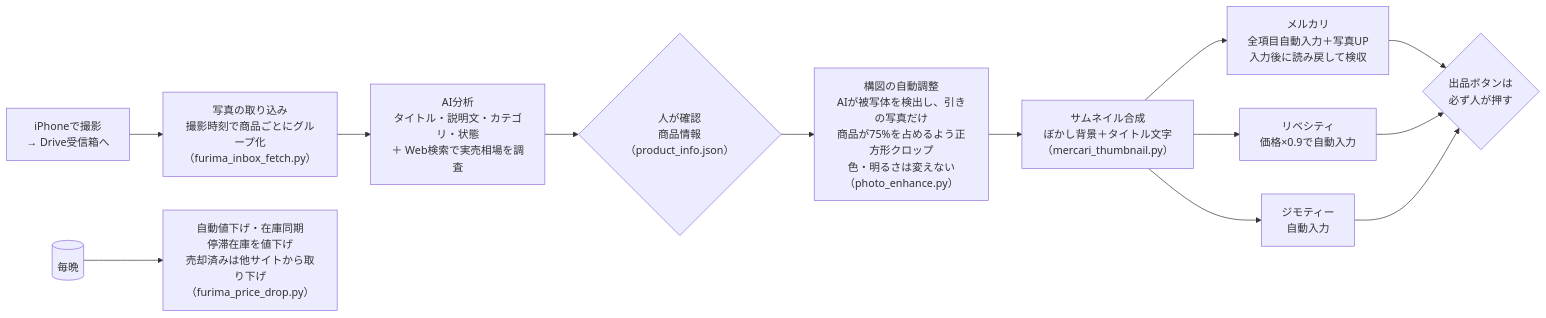
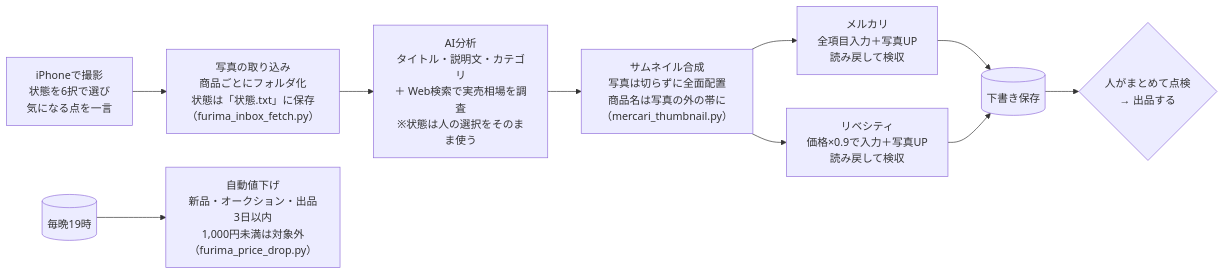
The diagram in systems/04-flea-market-autolist.md (nihonbare1979-cmd/ai-life-automation-showcase), drawn with Mermaid before and after one commit. The commit also changed other lines of this file and 8 other files, not shown here.

````diff
--- a/systems/04-flea-market-autolist.md
+++ b/systems/04-flea-market-autolist.md
@@ -27,15 +29,12 @@
 ```mermaid
 flowchart LR
-    A[iPhoneで撮影<br/>→ Drive受信箱へ] --> B[写真の取り込み<br/>撮影時刻で商品ごとにグループ化<br/>（furima_inbox_fetch.py）]
-    B --> C[AI分析<br/>タイトル・説明文・カテゴリ・状態<br/>＋ Web検索で実売相場を調査]
-    C --> D{人が確認<br/>商品情報（product_info.json）}
-    D --> E[構図の自動調整<br/>AIが被写体を検出し、引きの写真だけ<br/>商品が75%を占めるよう正方形クロップ<br/>色・明るさは変えない（photo_enhance.py）]
-    E --> F[サムネイル合成<br/>ぼかし背景＋タイトル文字<br/>（mercari_thumbnail.py）]
-    F --> G1[メルカリ<br/>全項目自動入力＋写真UP<br/>入力後に読み戻して検収]
-    F --> G2[リベシティ<br/>価格×0.9で自動入力]
-    F --> G3[ジモティー<br/>自動入力]
-    G1 --> H{出品ボタンは<br/>必ず人が押す}
+    A[iPhoneで撮影<br/>状態を6択で選び<br/>気になる点を一言] --> B[写真の取り込み<br/>商品ごとにフォルダ化<br/>状態は「状態.txt」に保存<br/>（furima_inbox_fetch.py）]
+    B --> C[AI分析<br/>タイトル・説明文・カテゴリ<br/>＋ Web検索で実売相場を調査<br/>※状態は人の選択をそのまま使う]
+    C --> D[サムネイル合成<br/>写真は切らずに全面配置<br/>商品名は写真の外の帯に<br/>（mercari_thumbnail.py）]
+    D --> G1[メルカリ<br/>全項目入力＋写真UP<br/>読み戻して検収]
+    D --> G2[リベシティ<br/>価格×0.9で入力＋写真UP<br/>読み戻して検収]
+    G1 --> H[(下書き保存)]
     G2 --> H
-    G3 --> H
-    I[(毎晩)] --> J[自動値下げ・在庫同期<br/>停滞在庫を値下げ<br/>売却済みは他サイトから取り下げ<br/>（furima_price_drop.py）]
+    H --> I{人がまとめて点検<br/>→ 出品する}
+    J[(毎晩19時)] --> K[自動値下げ<br/>新品・オークション・出品3日以内<br/>1,000円未満は対象外<br/>（furima_price_drop.py）]
 ```
````
